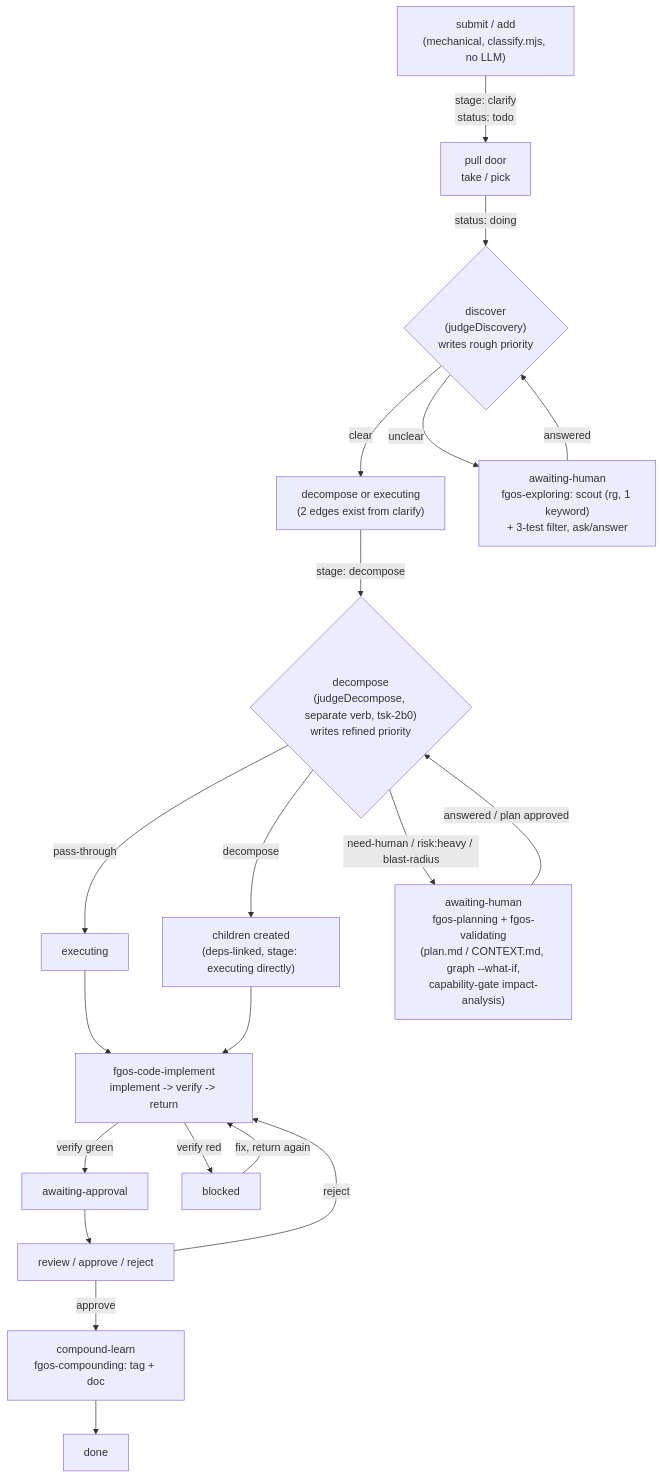
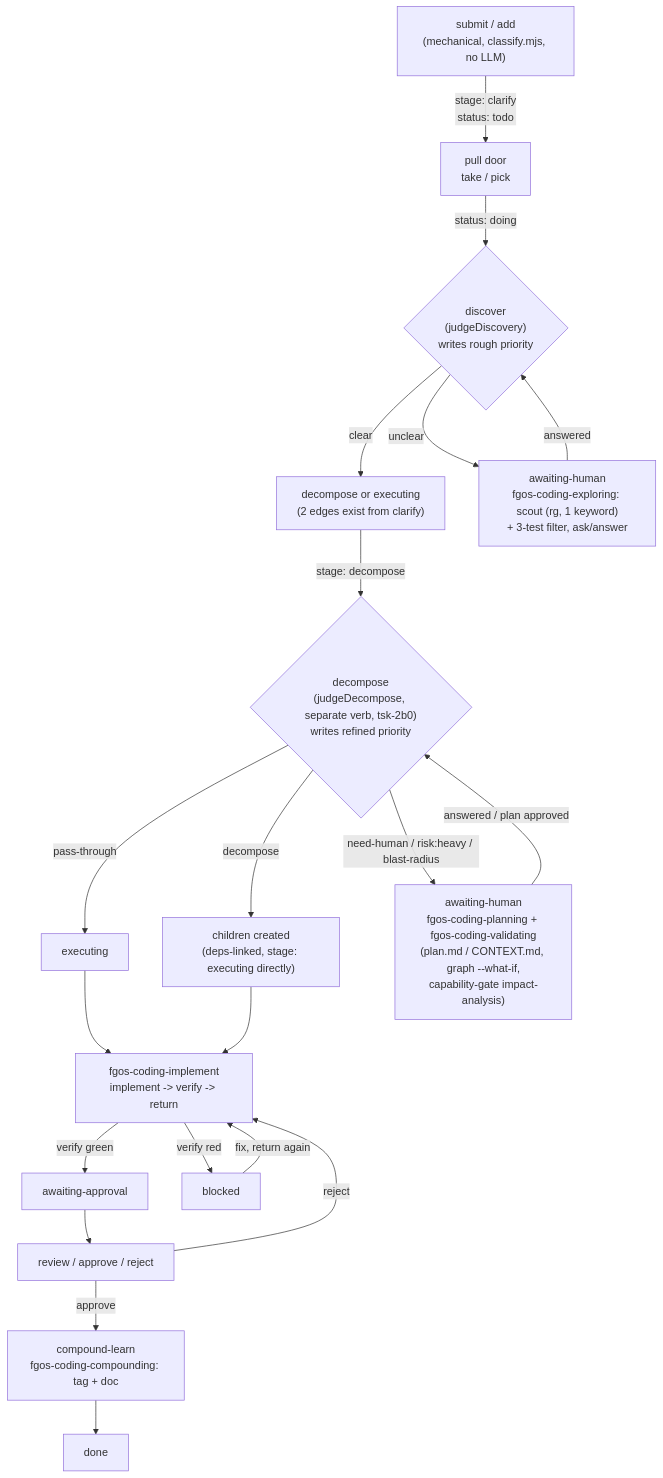
One commit to vantt/forgent changed the diagram in docs/reference/work-item-pipeline-stages-verbs-and-handoffs.md. Above: the diagram before and after it, drawn with Mermaid. The commit also changed other lines of this file and 671 other files, not shown here.

````diff
--- a/docs/reference/work-item-pipeline-stages-verbs-and-handoffs.md
+++ b/docs/reference/work-item-pipeline-stages-verbs-and-handoffs.md
@@ -27,22 +27,22 @@
 ```mermaid
 flowchart TD
     A["submit / add<br/>(mechanical, classify.mjs, no LLM)"] -->|"stage: clarify<br/>status: todo"| B["pull door<br/>take / pick"]
     B -->|"status: doing"| C{"discover<br/>(judgeDiscovery)<br/>writes rough priority"}
     C -->|"clear"| E1["decompose or executing<br/>(2 edges exist from clarify)"]
-    C -->|"unclear"| D["awaiting-human<br/>fgos-exploring: scout (rg, 1 keyword)<br/>+ 3-test filter, ask/answer"]
+    C -->|"unclear"| D["awaiting-human<br/>fgos-coding-exploring: scout (rg, 1 keyword)<br/>+ 3-test filter, ask/answer"]
     D -->|"answered"| C
     E1 -->|"stage: decompose"| F{"decompose<br/>(judgeDecompose, separate verb, tsk-2b0)<br/>writes refined priority"}
     F -->|"pass-through"| H["executing"]
     F -->|"decompose"| G["children created<br/>(deps-linked, stage: executing directly)"]
-    F -->|"need-human / risk:heavy / blast-radius"| D2["awaiting-human<br/>fgos-planning + fgos-validating<br/>(plan.md / CONTEXT.md, graph --what-if,<br/>capability-gate impact-analysis)"]
+    F -->|"need-human / risk:heavy / blast-radius"| D2["awaiting-human<br/>fgos-coding-planning + fgos-coding-validating<br/>(plan.md / CONTEXT.md, graph --what-if,<br/>capability-gate impact-analysis)"]
     D2 -->|"answered / plan approved"| F
-    H --> I["fgos-code-implement<br/>implement -> verify -> return"]
+    H --> I["fgos-coding-implement<br/>implement -> verify -> return"]
     G --> I
     I -->|"verify green"| J["awaiting-approval"]
     I -->|"verify red"| K["blocked"]
     K -->|"fix, return again"| I
     J --> L["review / approve / reject"]
     L -->|"reject"| I
-    L -->|"approve"| M["compound-learn<br/>fgos-compounding: tag + doc"]
+    L -->|"approve"| M["compound-learn<br/>fgos-coding-compounding: tag + doc"]
     M --> N["done"]
 ```
````
